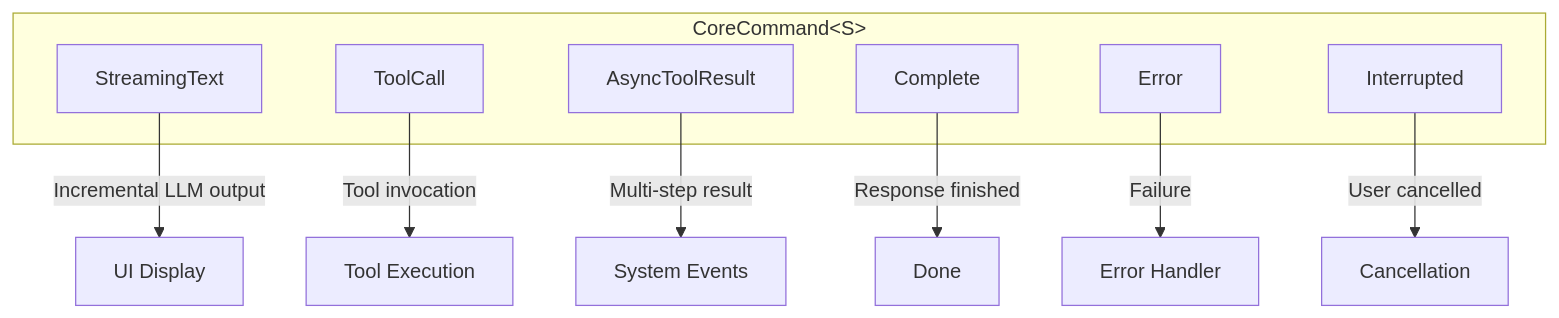
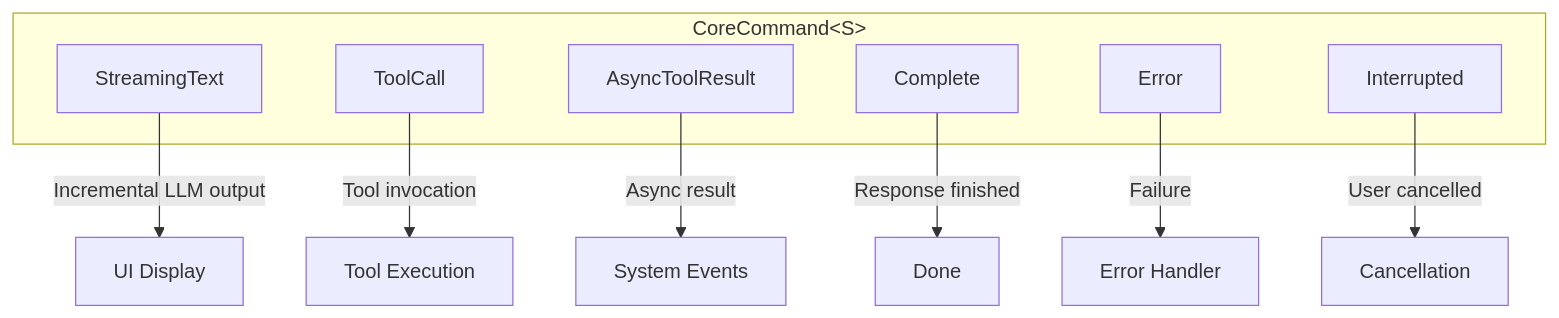
One commit to aomi-labs/product-mono changed the third of 4 diagrams in docs/SDK.md. Above: the diagram before and after it, drawn with Mermaid. The commit also changed other lines of this file and 30 other files, not shown here.

````diff
--- a/docs/SDK.md
+++ b/docs/SDK.md
@@ -228,18 +228,18 @@
 ```mermaid
 flowchart TD
     subgraph "CoreCommand&lt;S&gt;"
         ST[StreamingText]
         TC[ToolCall]
         ATR[AsyncToolResult]
         COMP[Complete]
         ERR[Error]
         INT[Interrupted]
     end
 
     ST -->|"Incremental LLM output"| UI[UI Display]
     TC -->|"Tool invocation"| TOOL[Tool Execution]
-    ATR -->|"Multi-step result"| SYS[System Events]
+    ATR -->|"Async result"| SYS[System Events]
     COMP -->|"Response finished"| DONE[Done]
     ERR -->|"Failure"| HANDLE[Error Handler]
     INT -->|"User cancelled"| CANCEL[Cancellation]
 ```
````
